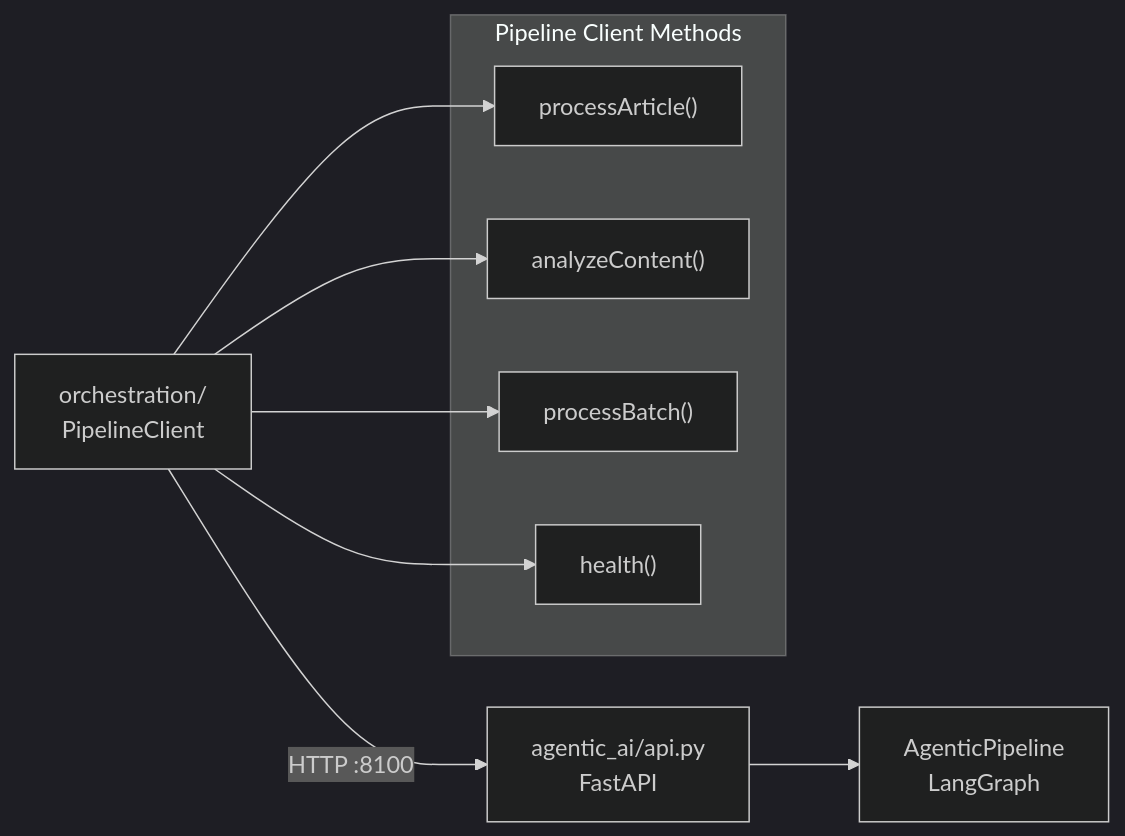
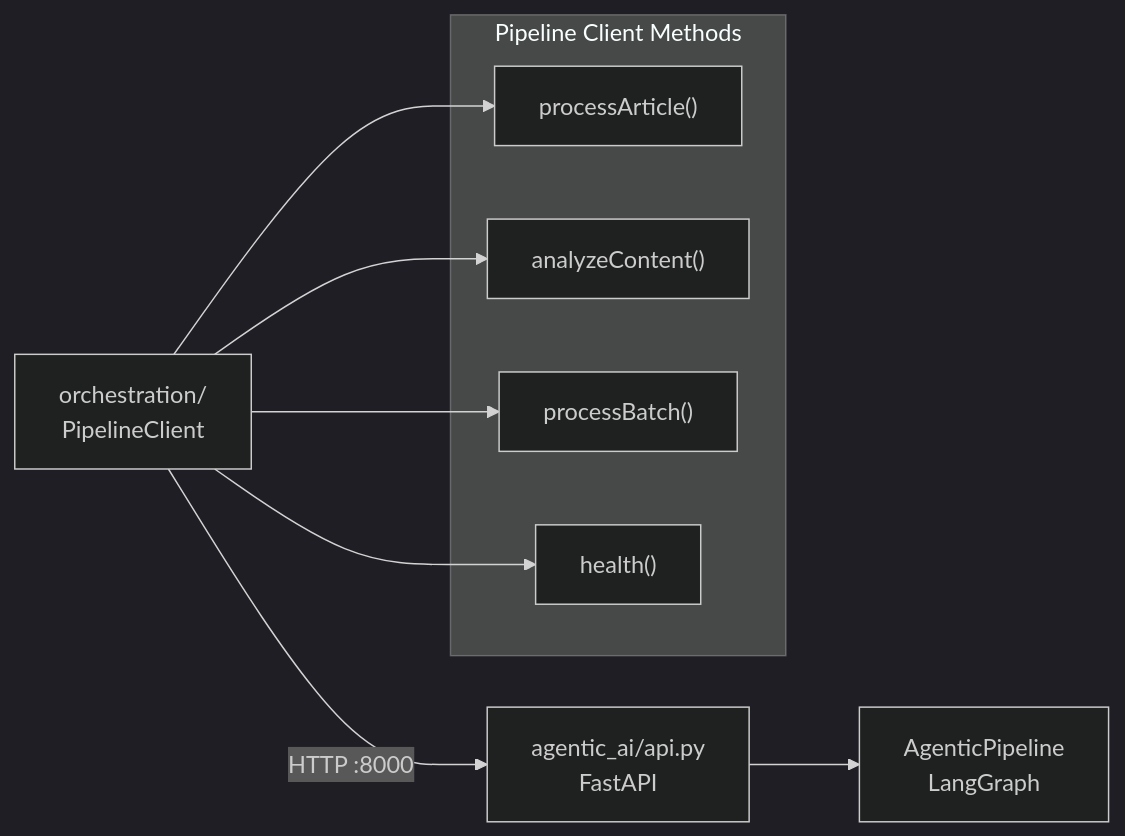
The eighth of 9 diagrams in orchestration/README.md (hoangsonww/AI-Gov-Content-Curator), drawn with Mermaid (dark theme) before and after one commit. The commit also changed other lines of this file and 55 other files, not shown here.

````diff
--- a/orchestration/README.md
+++ b/orchestration/README.md
@@ -282,17 +282,17 @@
 ```mermaid
 flowchart LR
-    ORC["orchestration/<br/>PipelineClient"] -->|"HTTP :8100"| API["agentic_ai/api.py<br/>FastAPI"]
+    ORC["orchestration/<br/>PipelineClient"] -->|"HTTP :8000"| API["agentic_ai/api.py<br/>FastAPI"]
     API --> PIPE["AgenticPipeline<br/>LangGraph"]
 
     subgraph "Pipeline Client Methods"
         PA["processArticle()"]
         AC["analyzeContent()"]
         PB["processBatch()"]
         H["health()"]
     end
 
     ORC --> PA
     ORC --> AC
     ORC --> PB
     ORC --> H
 ```
````
